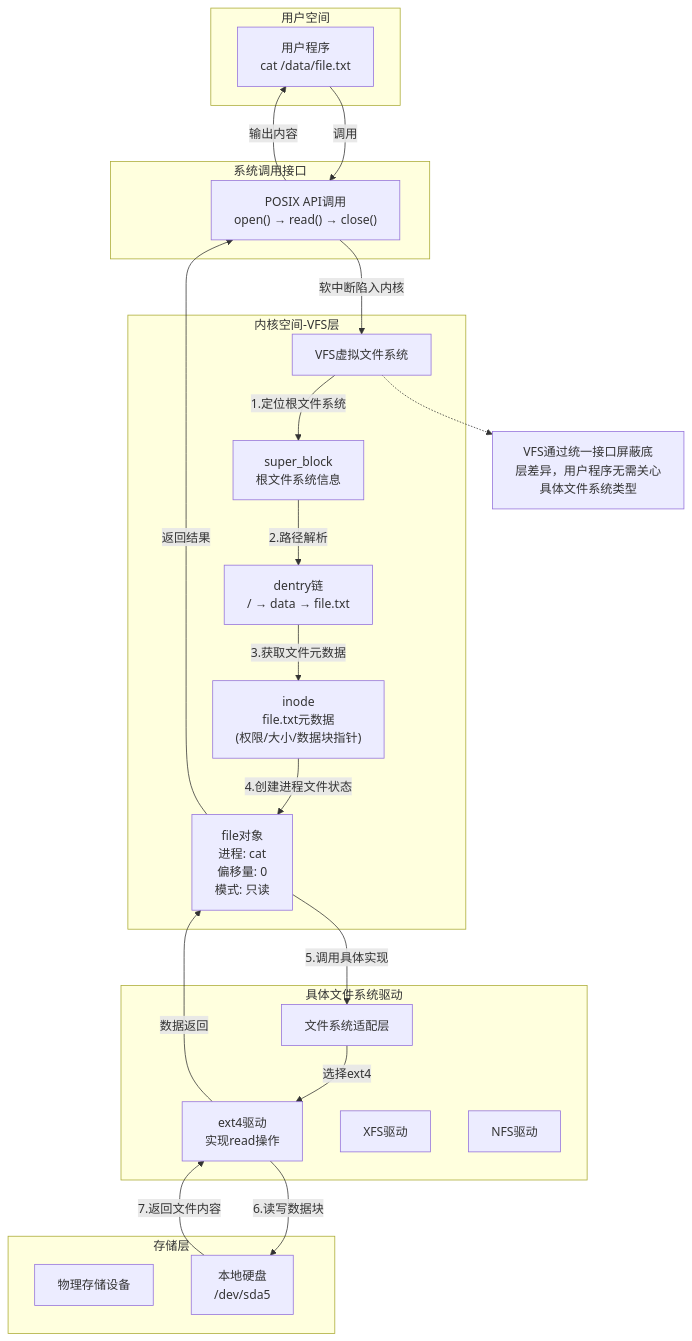
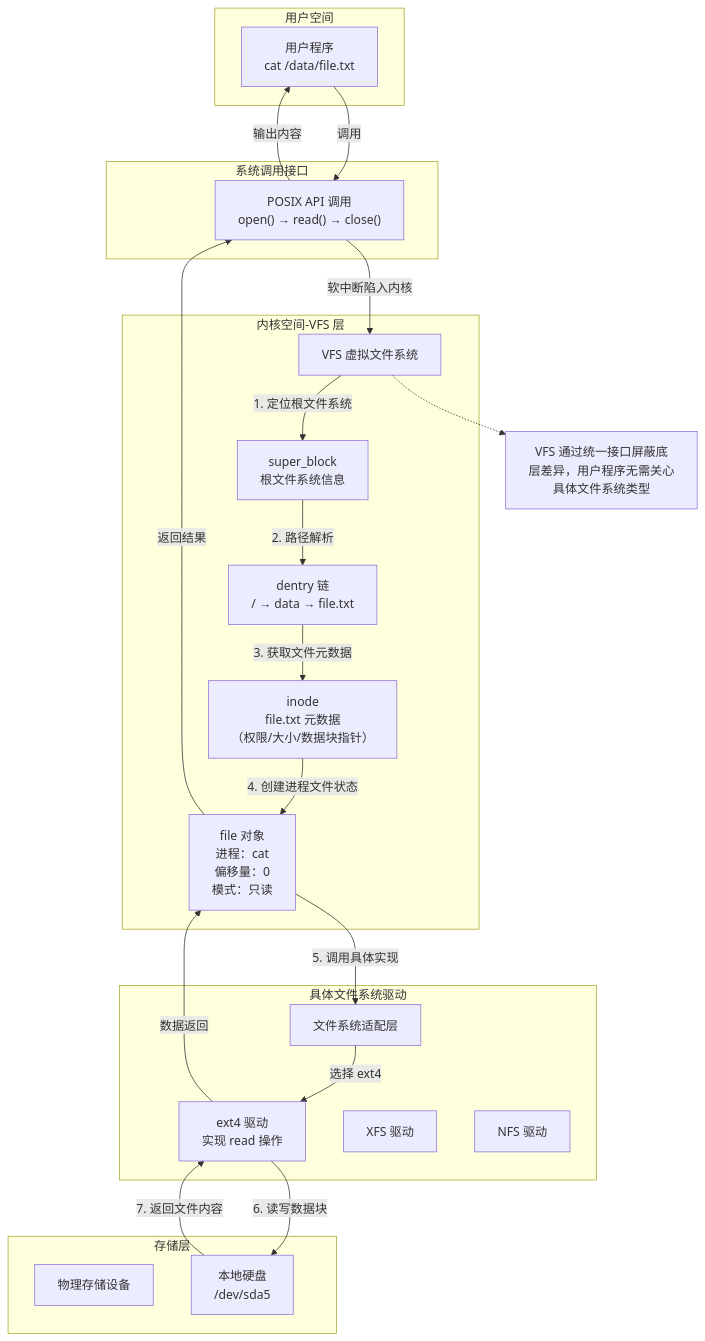
The diagram in docs/linux/08_Disk/01.md (alkaid999/note-vitepress), drawn with Mermaid before and after one commit. The commit also changed other lines of this file and 39 other files, not shown here.

````diff
--- a/docs/linux/08_Disk/01.md
+++ b/docs/linux/08_Disk/01.md
@@ -107,55 +110,55 @@
 ```mermaid
 flowchart TD
     subgraph 用户空间
         A["用户程序<br>cat /data/file.txt"]
     end
     
     subgraph 系统调用接口
-        B["POSIX API调用<br>open() → read() → close()"]
+        B["POSIX API 调用<br>open() → read() → close()"]
     end
     
-    subgraph 内核空间-VFS层
-        C["VFS虚拟文件系统"]
+    subgraph 内核空间-VFS 层
+        C["VFS 虚拟文件系统"]
         
-        %% VFS核心数据结构
+        %% VFS 核心数据结构
         C1["super_block<br>根文件系统信息"]
-        C2["dentry链<br>/ → data → file.txt"]
-        C3["inode<br>file.txt元数据<br>(权限/大小/数据块指针)"]
-        C4["file对象<br>进程: cat<br>偏移量: 0<br>模式: 只读"]
+        C2["dentry 链<br>/ → data → file.txt"]
+        C3["inode<br>file.txt 元数据<br>（权限/大小/数据块指针）"]
+        C4["file 对象<br>进程：cat<br>偏移量：0<br>模式：只读"]
         
-        %% VFS内部流程
-        C -->|1.定位根文件系统| C1
-        C1 -->|2.路径解析| C2
-        C2 -->|3.获取文件元数据| C3
-        C3 -->|4.创建进程文件状态| C4
+        %% VFS 内部流程
+        C -->|1. 定位根文件系统| C1
+        C1 -->|2. 路径解析| C2
+        C2 -->|3. 获取文件元数据| C3
+        C3 -->|4. 创建进程文件状态| C4
     end
     
     subgraph 具体文件系统驱动
         D["文件系统适配层"]
-        D1["ext4驱动<br>实现read操作"]
-        D2["XFS驱动"]
-        D3["NFS驱动"]
+        D1["ext4 驱动<br>实现 read 操作"]
+        D2["XFS 驱动"]
+        D3["NFS 驱动"]
         
-        C4 -->|5.调用具体实现| D
-        D -->|选择ext4| D1
+        C4 -->|5. 调用具体实现| D
+        D -->|选择 ext4| D1
     end
     
     subgraph 存储层
         E["物理存储设备"]
         E1["本地硬盘<br>/dev/sda5"]
         
-        D1 -->|6.读写数据块| E1
-        E1 -->|7.返回文件内容| D1
+        D1 -->|6. 读写数据块| E1
+        E1 -->|7. 返回文件内容| D1
     end
     
     %% 主流程连接线
     A -->|"调用"| B
     B -->|"软中断陷入内核"| C
     D1 -->|"数据返回"| C4
     C4 -->|"返回结果"| B
     B -->|"输出内容"| A
     
     %% 辅助说明
-    note1[VFS通过统一接口屏蔽底<br>层差异，用户程序无需关心<br>具体文件系统类型]
+    note1[VFS 通过统一接口屏蔽底<br>层差异，用户程序无需关心<br>具体文件系统类型]
     C -.-> note1
 ```
````
